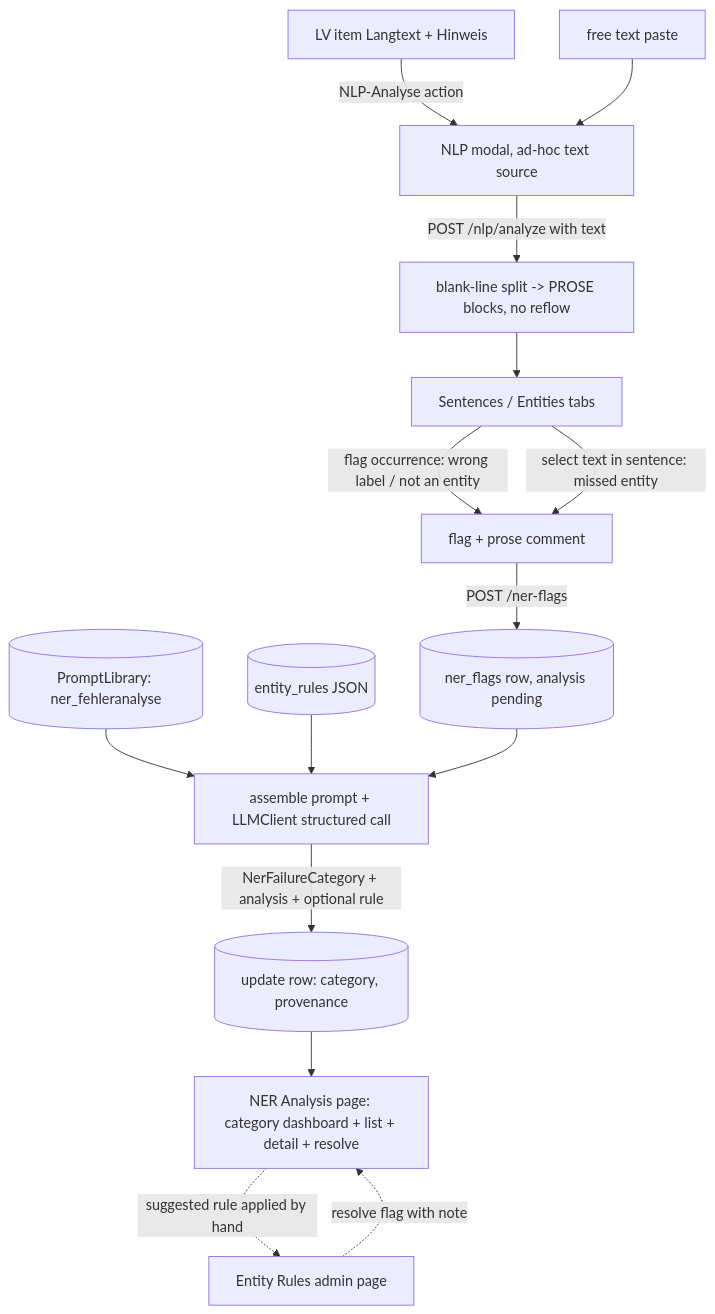
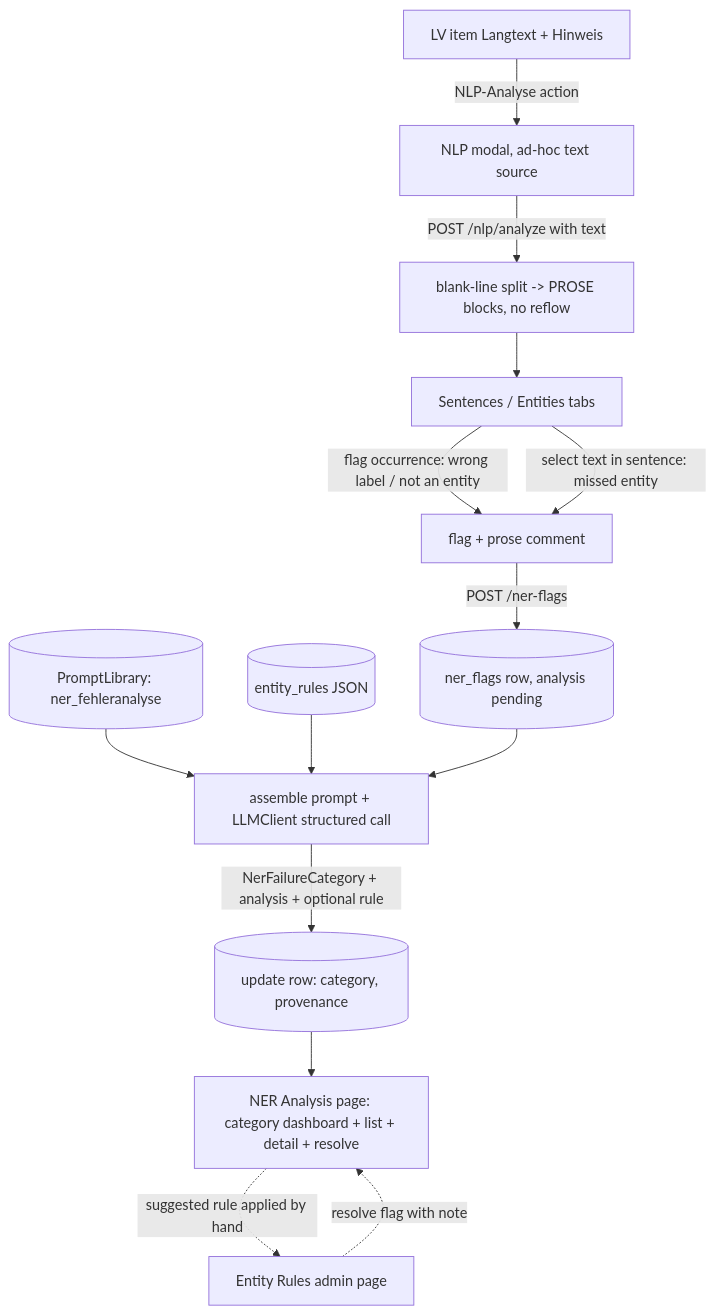
The seventh of 7 diagrams in AI_ARCHITECTURE.md (arthurshen74/strassenbau-vergabe-assistant), drawn with Mermaid before and after one commit. The commit also changed other lines of this file and 26 other files, not shown here.

````diff
--- a/AI_ARCHITECTURE.md
+++ b/AI_ARCHITECTURE.md
@@ -381,17 +386,16 @@
 ```mermaid
 flowchart TD
     LV[LV item Langtext + Hinweis] -->|NLP-Analyse action| MODAL[NLP modal, ad-hoc text source]
-    FREE[free text paste] --> MODAL
     MODAL -->|POST /nlp/analyze with text| SPLIT[blank-line split -> PROSE blocks, no reflow]
     SPLIT --> TABS[Sentences / Entities tabs]
     TABS -->|flag occurrence: wrong label / not an entity| FLAG[flag + prose comment]
     TABS -->|select text in sentence: missed entity| FLAG
     FLAG -->|POST /ner-flags| PERSIST[(ner_flags row, analysis pending)]
     PROMPT[(PromptLibrary: ner_fehleranalyse)] --> ANALYZE
     RULES[(entity_rules JSON)] --> ANALYZE
     PERSIST --> ANALYZE[assemble prompt + LLMClient structured call]
     ANALYZE -->|NerFailureCategory + analysis + optional rule| UPDATE[(update row: category, provenance)]
     UPDATE --> DASH[NER Analysis page: category dashboard + list + detail + resolve]
     DASH -.->|suggested rule applied by hand| ADMIN2[Entity Rules admin page]
     ADMIN2 -.->|resolve flag with note| DASH
 ```
````
